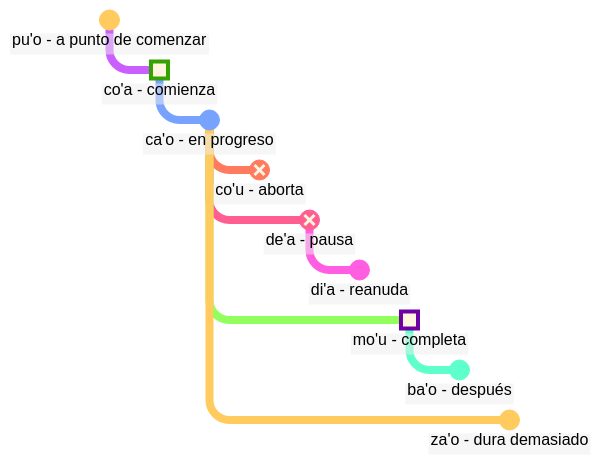
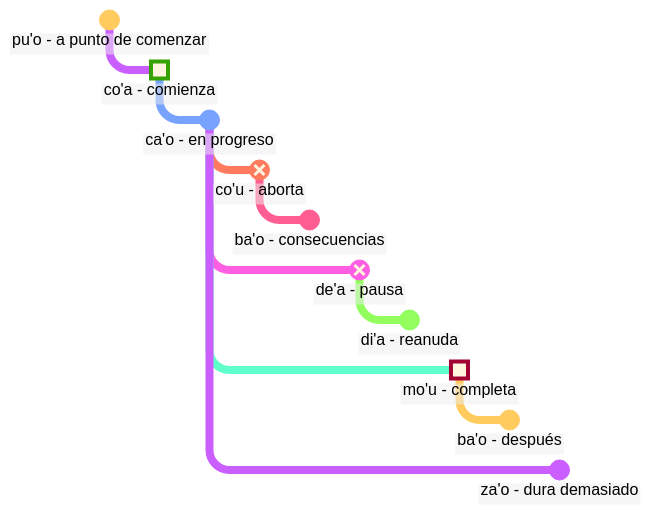
One commit to La-Lojban/lojban.pw changed the diagram in data/pages/es/books/learn-lojban/6.md. Above: the diagram before and after it, drawn with Mermaid. The commit also changed other lines of this file and 24 other files, not shown here.

````diff
--- a/data/pages/es/books/learn-lojban/6.md
+++ b/data/pages/es/books/learn-lojban/6.md
@@ -547,57 +560,61 @@
 ```mermaid
 %%{
     init: {
         'logLevel': 'debug',
         'theme': 'base',
         'themeVariables': {
                 'commitLabelColor': '#000',
                 'commitLabelBackground': '#eee',
                 'commitLabelFontSize': '16px',
                 'tagLabelFontSize': '14px'
         },
         'htmlLabels': true,
         'gitGraph': {
             'showCommitLabel':true,
             'mainBranchName': 'event',
             'rotateCommitLabel': false,
             'showBranches': false
         }
     }
 }%%
 
 gitGraph
     checkout event
     commit id: "pu'o - a punto de comenzar"
 
     checkout event
     branch start
     commit id: "co'a - comienza" type:HIGHLIGHT
 
     checkout start
     branch progress
     commit id: "ca'o - en progreso"
 
     checkout progress
     branch stop
     commit id: "co'u - aborta" type: REVERSE
 
+    checkout stop
+    branch aftermathStop
+    commit id: "ba'o - consecuencias "
+
     checkout progress
     branch "pause"
     commit id: "de'a - pausa" type: REVERSE
 
     checkout "pause"
     branch resume
     commit id: "di'a - reanuda"
 
     checkout progress
     branch completion
     commit id: "mo'u - completa" type: HIGHLIGHT
 
     checkout completion
     branch aftermath
     commit id: "ba'o - después"
 
     checkout progress
     branch overdue
     commit id: "za'o - dura demasiado"
 ```
````
